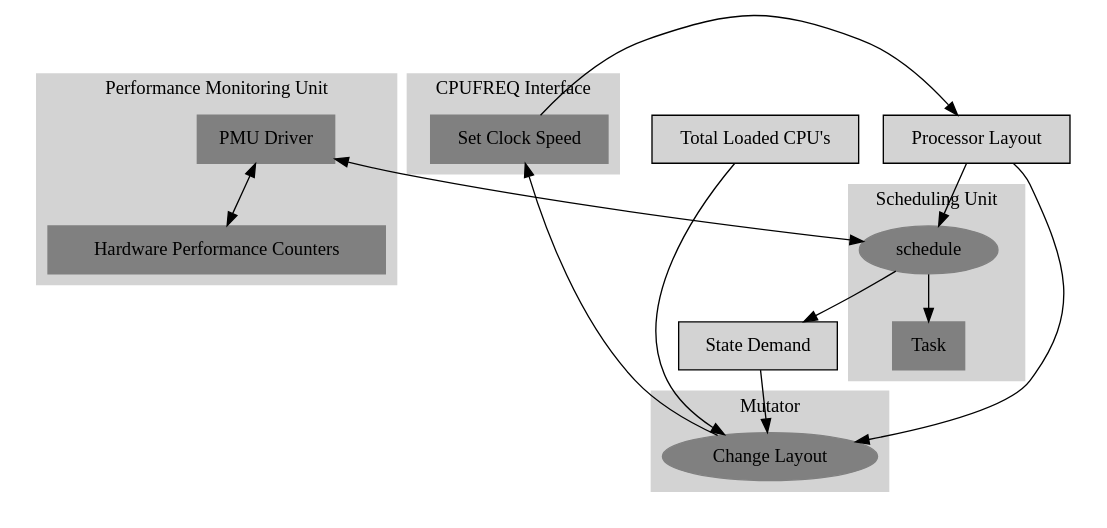
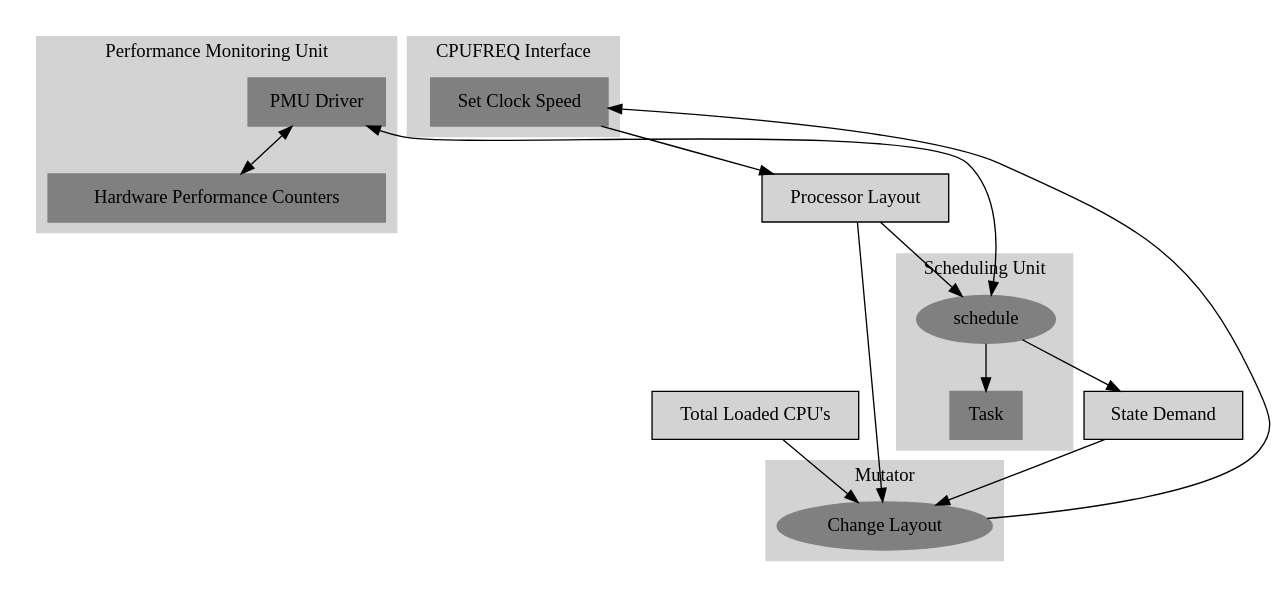
The diagram in design.dot (amithash/seeker-scheduler), drawn with Graphviz before and after one commit.

Commit message:
Sorry, I forgot what changes I did here.

```diff
--- a/design.dot
+++ b/design.dot
@@ -1,54 +1,56 @@
 digraph G {
 
   	subgraph cluster_mine{
 	color=white;
+	rank=8;
 	scheduler_hints [shape=rectangle,fillcolor=lightgrey,style=filled,label="State Demand"];
 	state [shape=rectangle,fillcolor=lightgrey,style=filled,label="Processor Layout"];
 	load [shape=rectangle,fillcolor=lightgrey,style=filled,label="Total Loaded CPU's"];
 	
 
 	subgraph cluster_mutator {
 	    color=lightgrey;
 	    style=filled;
 	    node [shape=rectangle,style=filled,color=grey];
 	    layout [shape=ellipse, label="Change Layout"];
 	    label="Mutator";
 	}
 	subgraph cluster_scheduler {
 		color=lightgrey;
 		style=filled;
 		node [shape=rectangle,style=filled,color=grey];
 		task [shape=rectangle,label="Task"];
 		schedule [shape=ellipse];
 		schedule -> task ;
 		label = "Scheduling Unit"
 	}
 	}
 	subgraph cluster_all{
 	  color=white;
+	  rank=4;
 	subgraph cluster_cpufreq {
 		label="CPUFREQ Interface";
 		color=lightgrey;
 		style=filled;
 		node [shape=rectangle,style=filled,color=grey];
 		set_freq [label="Set Clock Speed"];
 	}
 	subgraph cluster_pmus {
 		color=lightgrey;
 		style=filled;
 		node [shape=rectangle,style=filled,color=grey];
 		ctrs [label="Hardware Performance Counters"];
 		pmu_interface [label="PMU Driver"];
 		pmu_interface -> ctrs [dir=both];
 		label = "Performance Monitoring Unit"
 	}
 	}
-	load -> layout [constraint=false];
-	state -> schedule;
-	state -> layout;
-	schedule -> scheduler_hints;
+	load -> layout [weight=8];
+	state -> schedule [weight=8]
+	state -> layout [weight=8]
+	schedule -> scheduler_hints [weight=8];
 	scheduler_hints -> layout;
-	layout -> set_freq;
-	set_freq -> state;
-	pmu_interface -> schedule [dir=both];
+	layout -> set_freq [weight=5];
+	set_freq -> state [weight=8]
+	pmu_interface -> schedule [dir=both,weight=8];
 }
```
